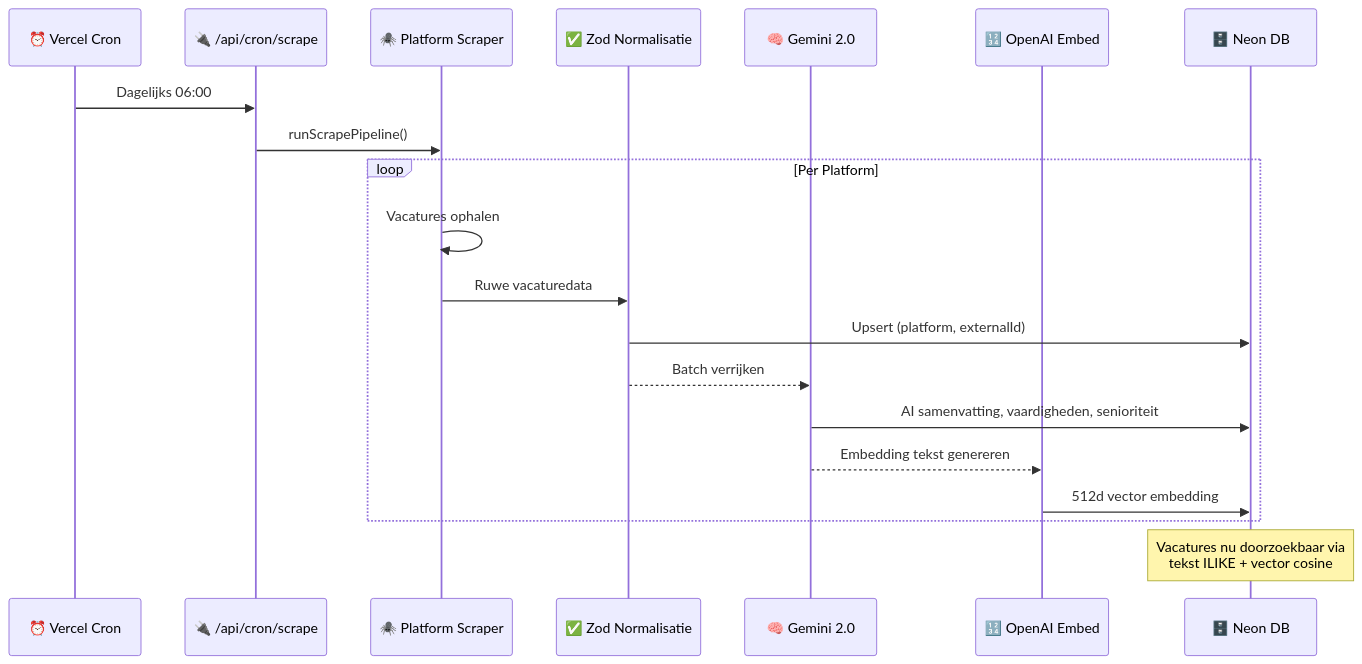
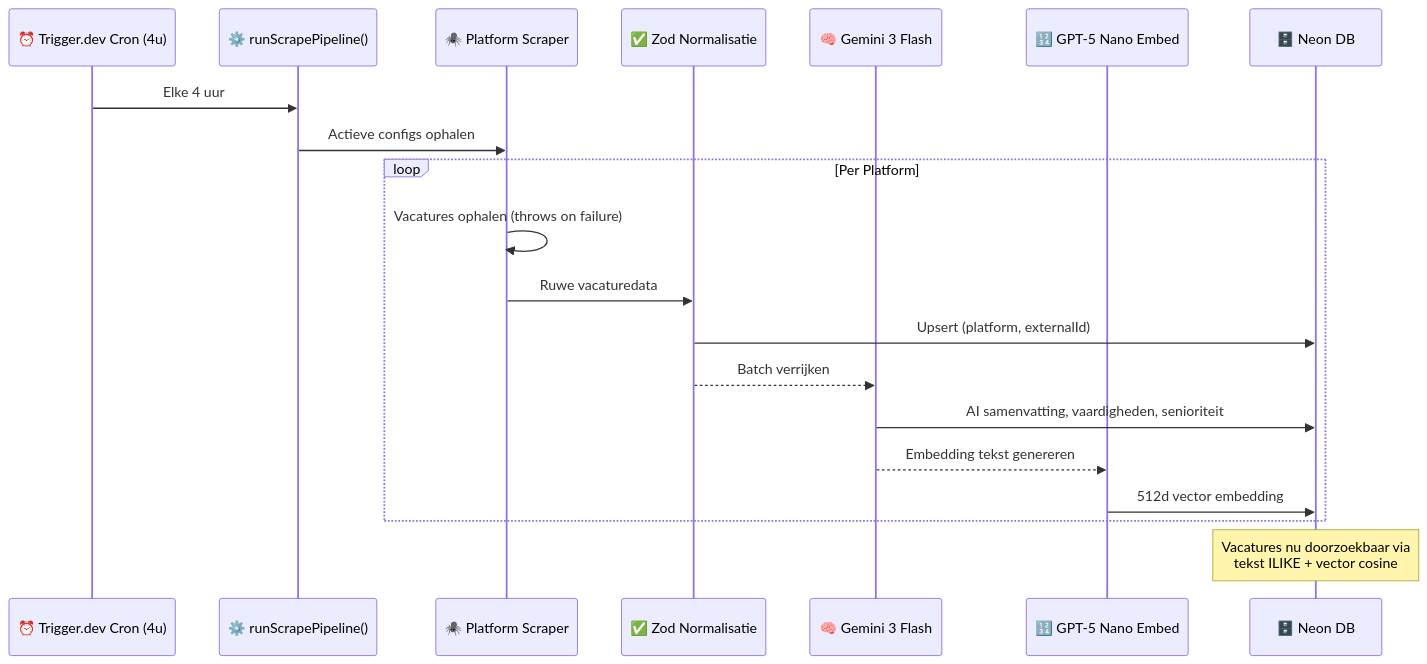
One commit to RyanLisse/motian changed the second of 11 diagrams in README.md. Above: the diagram before and after it, drawn with Mermaid. The commit also changed other lines of this file and 1 other file, not shown here.

First line of the commit message:
docs: update READMEs with 3-layer matching, CV pipeline, Trigger.dev, Grok 4

````diff
--- a/README.md
+++ b/README.md
@@ -101,25 +121,25 @@
 ```mermaid
 sequenceDiagram
-    participant Cron as ⏰ Vercel Cron
-    participant API as 🔌 /api/cron/scrape
+    participant Cron as ⏰ Trigger.dev Cron (4u)
+    participant Pipeline as ⚙️ runScrapePipeline()
     participant Scraper as 🕷️ Platform Scraper
     participant Zod as ✅ Zod Normalisatie
-    participant Gemini as 🧠 Gemini 2.0
-    participant OpenAI as 🔢 OpenAI Embed
+    participant Gemini as 🧠 Gemini 3 Flash
+    participant OpenAI as 🔢 GPT-5 Nano Embed
     participant DB as 🗄️ Neon DB
 
-    Cron->>API: Dagelijks 06:00
-    API->>Scraper: runScrapePipeline()
+    Cron->>Pipeline: Elke 4 uur
+    Pipeline->>Scraper: Actieve configs ophalen
 
     loop Per Platform
-        Scraper->>Scraper: Vacatures ophalen
+        Scraper->>Scraper: Vacatures ophalen (throws on failure)
         Scraper->>Zod: Ruwe vacaturedata
         Zod->>DB: Upsert (platform, externalId)
         Zod-->>Gemini: Batch verrijken
         Gemini->>DB: AI samenvatting, vaardigheden, senioriteit
         Gemini-->>OpenAI: Embedding tekst genereren
         OpenAI->>DB: 512d vector embedding
     end
 
     Note over DB: Vacatures nu doorzoekbaar via<br/>tekst ILIKE + vector cosine
 ```
````
